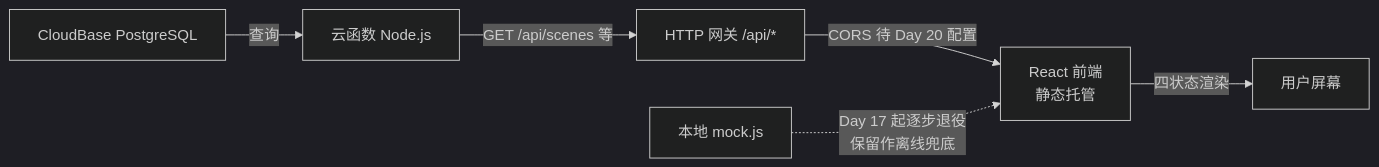
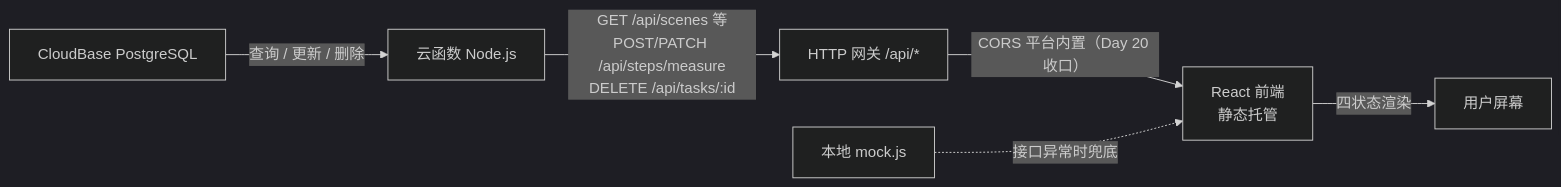
Before and after one commit to XingHo-VibeCoding/wenwu-vibecoding: the diagram in api-contract.md, drawn with Mermaid (dark theme). The commit also changed other lines of this file and 6 other files, not shown here.

First line of the commit message:
Day 22｜PATCH/DELETE 上线，四类操作闭环

````diff
--- a/api-contract.md
+++ b/api-contract.md
@@ -758,8 +920,8 @@
 ```mermaid
 flowchart LR
-    A[CloudBase PostgreSQL] -->|查询| B[云函数 Node.js]
-    B -->|GET /api/scenes 等| C[HTTP 网关 /api/*]
-    C -->|CORS 待 Day 20 配置| D[React 前端<br/>静态托管]
+    A[CloudBase PostgreSQL] -->|查询 / 更新 / 删除| B[云函数 Node.js]
+    B -->|GET /api/scenes 等<br/>POST/PATCH /api/steps/measure<br/>DELETE /api/tasks/:id| C[HTTP 网关 /api/*]
+    C -->|CORS 平台内置（Day 20 收口）| D[React 前端<br/>静态托管]
     D -->|四状态渲染| E[用户屏幕]
-    F[本地 mock.js] -.->|Day 17 起逐步退役<br/>保留作离线兜底| D
+    F[本地 mock.js] -.->|接口异常时兜底| D
 ```
````
